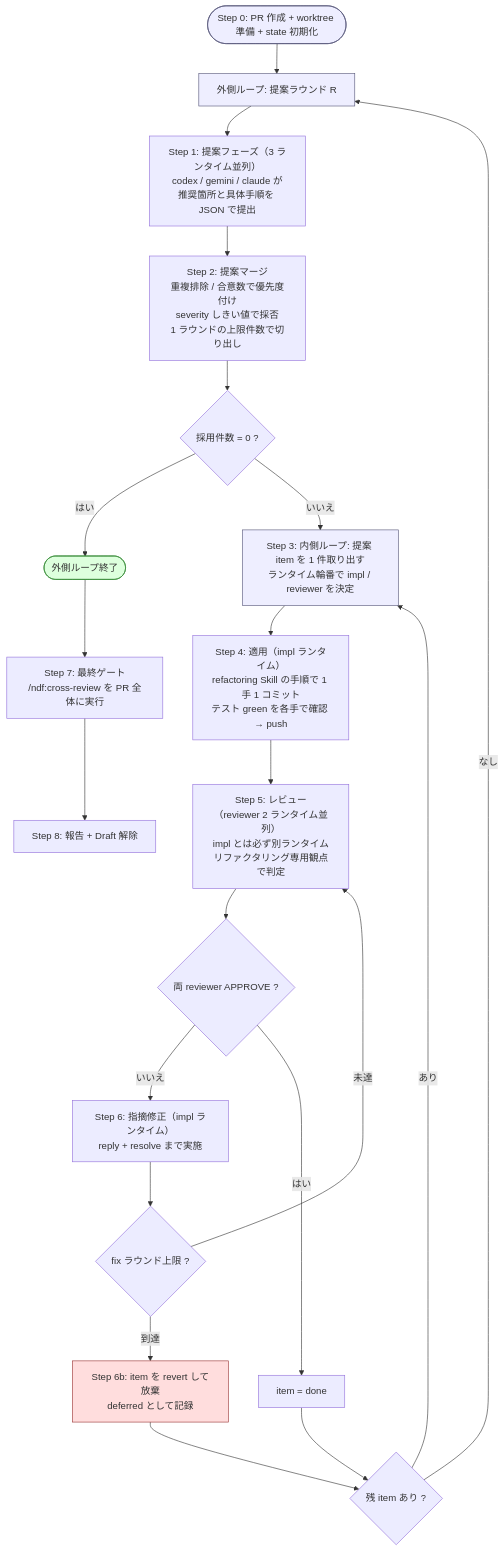
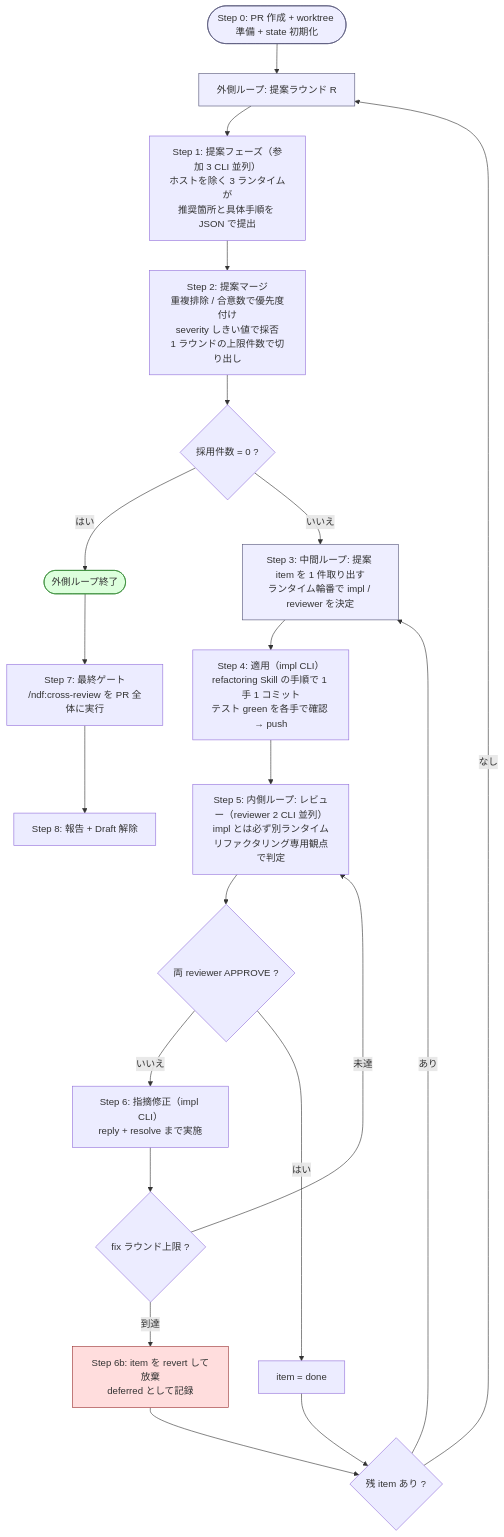
One commit to devbasex/ai-plugins changed the diagram in issues/issue-113-cross-refactoring-loop.md. Above: the diagram before and after it, drawn with Mermaid. The commit also changed other lines of this file, not shown here.

First line of the commit message:
Update: cross-refactoring の参加ランタイムをホスト除外の輪番に変更 (#113)

````diff
--- a/issues/issue-113-cross-refactoring-loop.md
+++ b/issues/issue-113-cross-refactoring-loop.md
@@ -44,32 +57,32 @@
 ```mermaid
 flowchart TD
     Init([Step 0: PR 作成 + worktree 準備 + state 初期化]):::phase --> Outer
 
     Outer["外側ループ: 提案ラウンド R"]:::phase --> Propose
-    Propose["Step 1: 提案フェーズ（3 ランタイム並列）<br/>codex / gemini / claude が<br/>推奨箇所と具体手順を JSON で提出"]
+    Propose["Step 1: 提案フェーズ（参加 3 CLI 並列）<br/>ホストを除く 3 ランタイムが<br/>推奨箇所と具体手順を JSON で提出"]
     Propose --> Merge["Step 2: 提案マージ<br/>重複排除 / 合意数で優先度付け<br/>severity しきい値で採否<br/>1 ラウンドの上限件数で切り出し"]
     Merge --> Empty{"採用件数 = 0 ?"}
     Empty -->|はい| Final([外側ループ終了]):::ok
     Empty -->|いいえ| Item
 
-    Item["Step 3: 内側ループ: 提案 item を 1 件取り出す<br/>ランタイム輪番で impl / reviewer を決定"]:::phase
-    Item --> Apply["Step 4: 適用（impl ランタイム）<br/>refactoring Skill の手順で 1 手 1 コミット<br/>テスト green を各手で確認 → push"]
-    Apply --> Review["Step 5: レビュー（reviewer 2 ランタイム並列）<br/>impl とは必ず別ランタイム<br/>リファクタリング専用観点で判定"]
+    Item["Step 3: 中間ループ: 提案 item を 1 件取り出す<br/>ランタイム輪番で impl / reviewer を決定"]:::phase
+    Item --> Apply["Step 4: 適用（impl CLI）<br/>refactoring Skill の手順で 1 手 1 コミット<br/>テスト green を各手で確認 → push"]
+    Apply --> Review["Step 5: 内側ループ: レビュー（reviewer 2 CLI 並列）<br/>impl とは必ず別ランタイム<br/>リファクタリング専用観点で判定"]
     Review --> Judge{"両 reviewer APPROVE ?"}
-    Judge -->|いいえ| Fix["Step 6: 指摘修正（impl ランタイム）<br/>reply + resolve まで実施"]
+    Judge -->|いいえ| Fix["Step 6: 指摘修正（impl CLI）<br/>reply + resolve まで実施"]
     Fix --> FixCap{"fix ラウンド上限 ?"}
     FixCap -->|未達| Review
     FixCap -->|到達| Abandon["Step 6b: item を revert して放棄<br/>deferred として記録"]:::stop
     Judge -->|はい| Done["item = done"]
     Abandon --> Next
     Done --> Next{"残 item あり ?"}
     Next -->|あり| Item
     Next -->|なし| Outer
 
     Final --> Gate["Step 7: 最終ゲート<br/>/ndf:cross-review を PR 全体に実行"]
     Gate --> Report["Step 8: 報告 + Draft 解除"]
 
     classDef phase fill:#eef,stroke:#557
     classDef ok fill:#dfd,stroke:#383
     classDef stop fill:#fdd,stroke:#933
 ```
````
